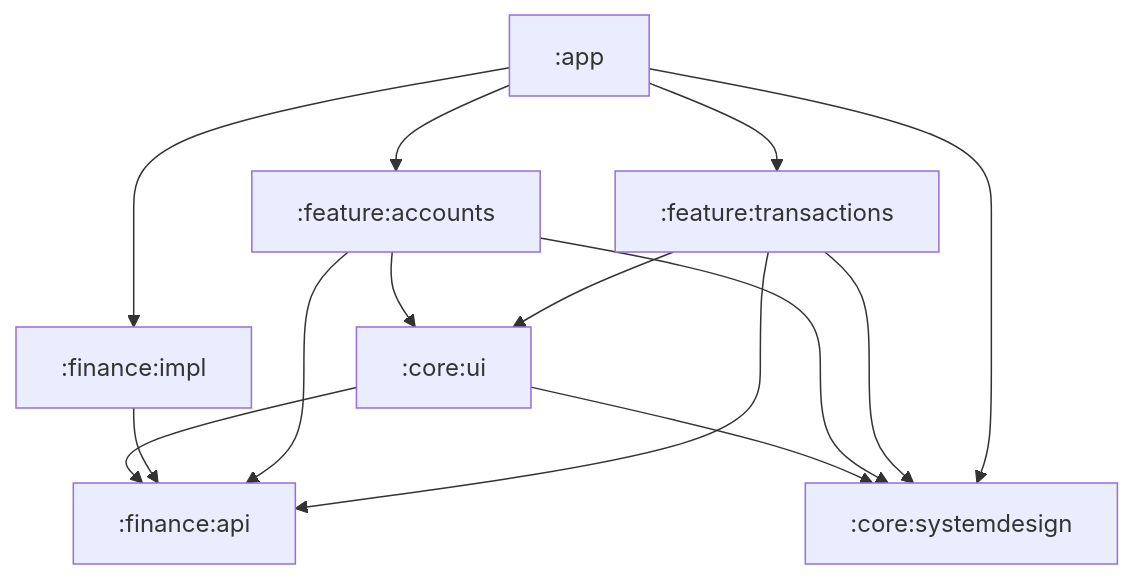
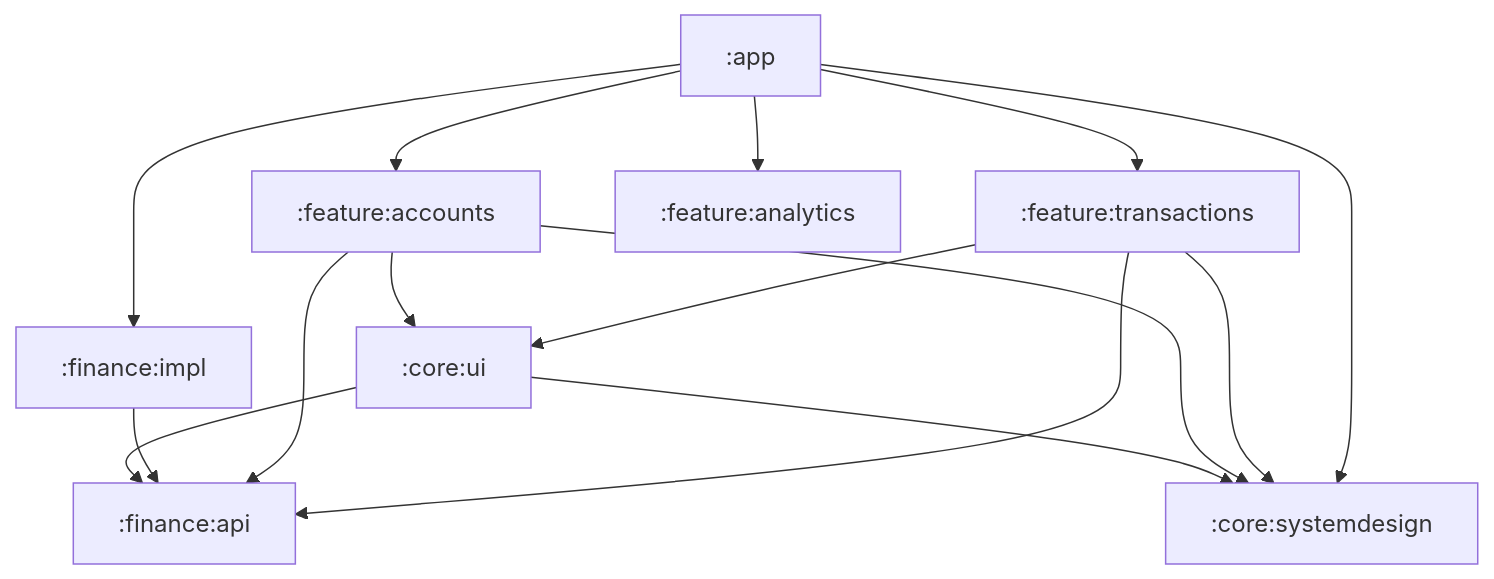
The first of 3 diagrams in arch.md (zagir005/ya_money), drawn with Mermaid before and after one commit. The commit also changed other lines of this file and 25 other files, not shown here.

````diff
--- a/arch.md
+++ b/arch.md
@@ -40,27 +41,30 @@
 ```mermaid
 flowchart TD
     App[":app"]
     Transactions[":feature:transactions"]
     Accounts[":feature:accounts"]
+    Analytics[":feature:analytics"]
     FinanceApi[":finance:api"]
     FinanceImpl[":finance:impl"]
     Ui[":core:ui"]
     SystemDesign[":core:systemdesign"]
 
     App --> Transactions
     App --> Accounts
+    App --> Analytics
     App --> FinanceImpl
     App --> SystemDesign
 
     Transactions --> FinanceApi
     Transactions --> Ui
     Transactions --> SystemDesign
 
     Accounts --> FinanceApi
     Accounts --> Ui
     Accounts --> SystemDesign
 
+
     FinanceImpl --> FinanceApi
     Ui --> FinanceApi
     Ui --> SystemDesign
 ```
````
